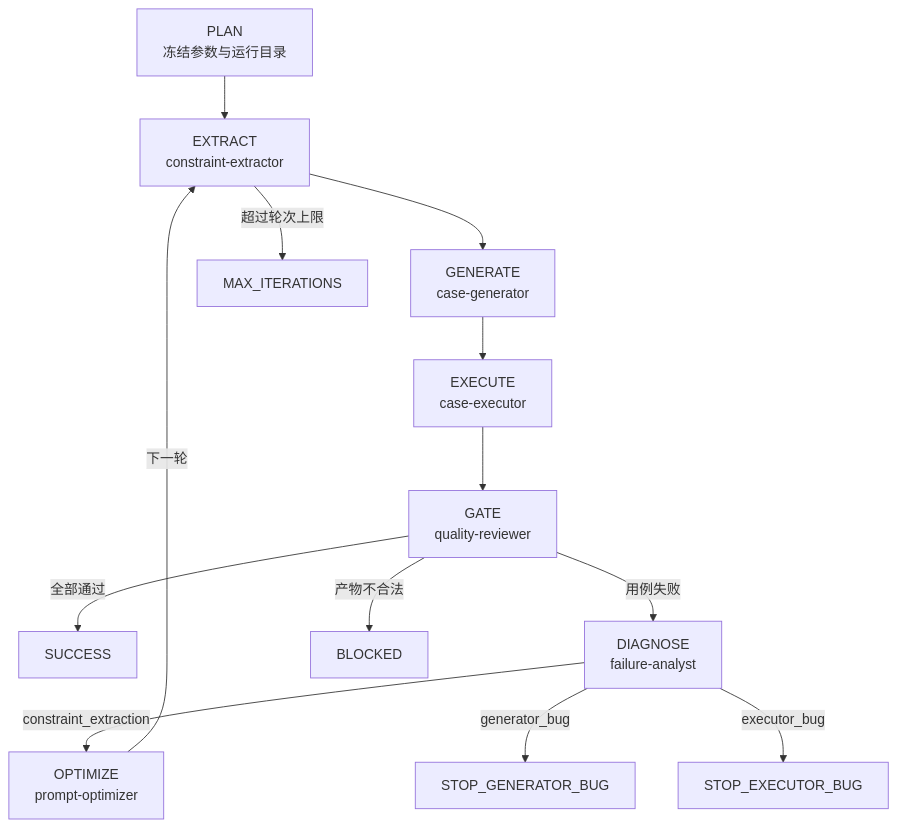
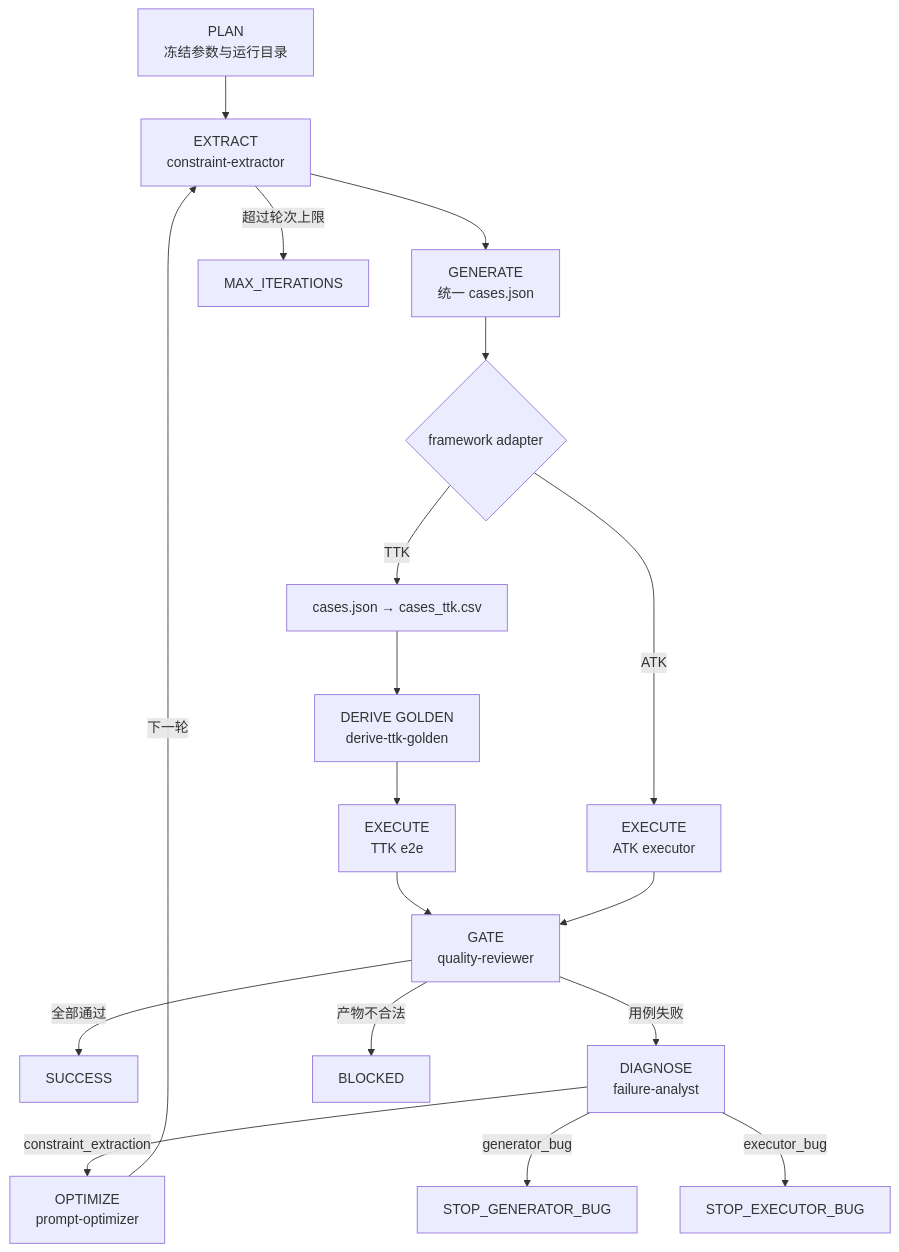
Before and after one commit to 564239493/operator-common-iterator-claude: the diagram in docs/WORKFLOW.md, drawn with Mermaid. The commit also changed other lines of this file and 51 other files, not shown here.

````diff
--- a/docs/WORKFLOW.md
+++ b/docs/WORKFLOW.md
@@ -42,15 +44,20 @@
 ```mermaid
 flowchart TD
     P["PLAN<br/>冻结参数与运行目录"] --> E["EXTRACT<br/>constraint-extractor"]
-    E --> G["GENERATE<br/>case-generator"]
-    G --> X["EXECUTE<br/>case-executor"]
+    E --> G["GENERATE<br/>统一 cases.json"]
+    G --> A{"framework adapter"}
+    A -->|ATK| X["EXECUTE<br/>ATK executor"]
+    A -->|TTK| C["cases.json → cases_ttk.csv"]
+    C --> R["DERIVE GOLDEN<br/>derive-ttk-golden"]
+    R --> X2["EXECUTE<br/>TTK e2e"]
+    X2 --> Q
     X --> Q["GATE<br/>quality-reviewer"]
     Q -->|全部通过| S["SUCCESS"]
     Q -->|用例失败| D["DIAGNOSE<br/>failure-analyst"]
     Q -->|产物不合法| B["BLOCKED"]
     D -->|constraint_extraction| O["OPTIMIZE<br/>prompt-optimizer"]
     O -->|下一轮| E
     D -->|generator_bug| GB["STOP_GENERATOR_BUG"]
     D -->|executor_bug| EB["STOP_EXECUTOR_BUG"]
     E -->|超过轮次上限| M["MAX_ITERATIONS"]
 ```
````
